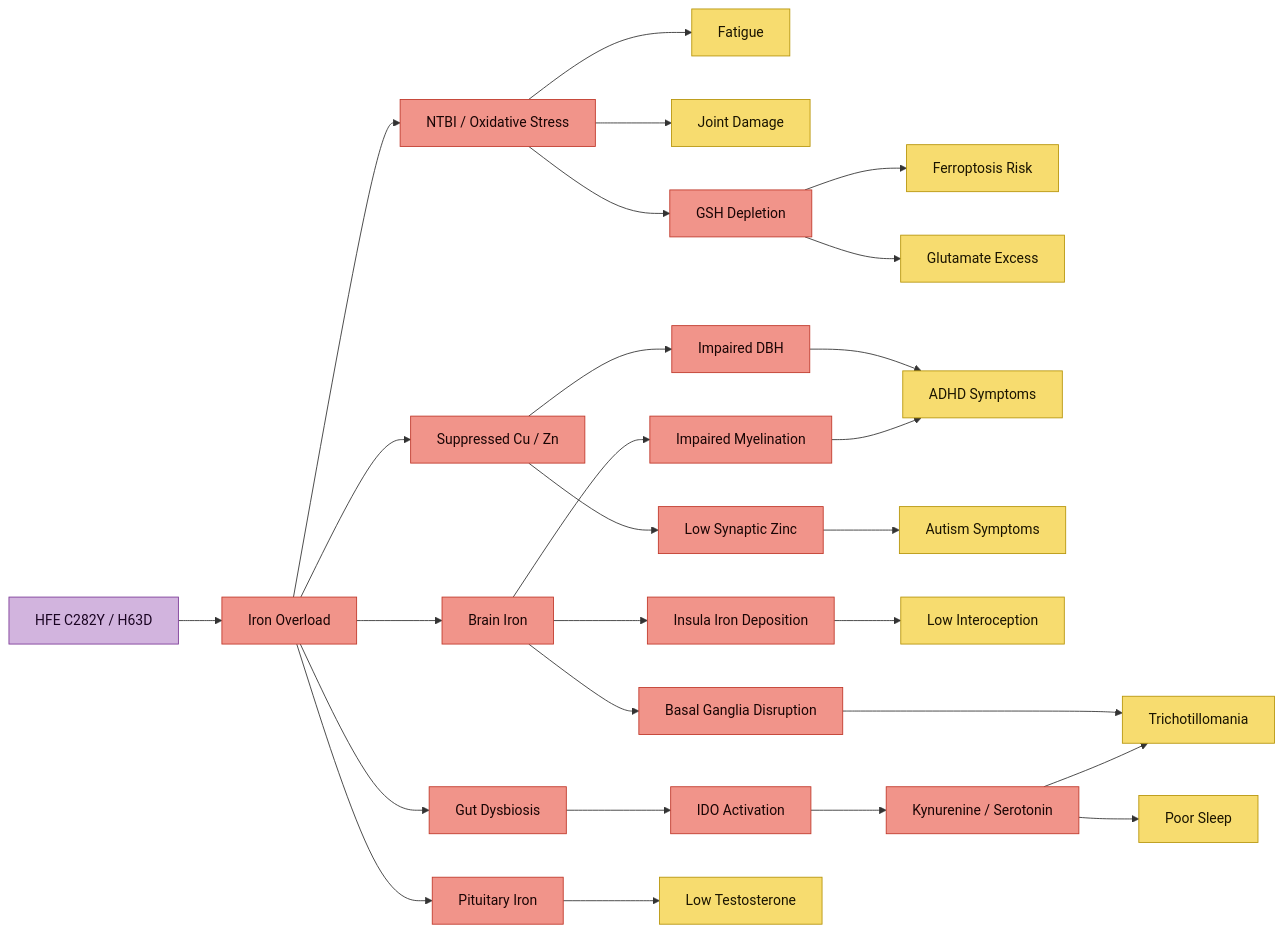
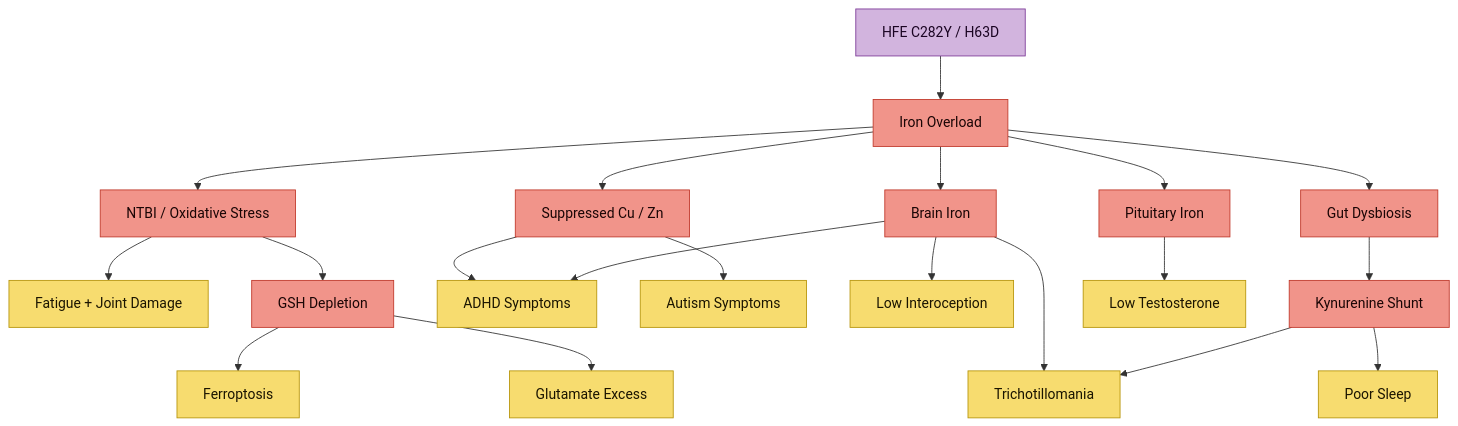
Before and after one commit to Aegis-commits/ag-hfe-adhd-asd-research: the first of 3 diagrams in src/site/notes/Health Research MOC.md, drawn with Mermaid. The commit also changed other lines of this file and 14 other files, not shown here.

````diff
--- a/src/site/notes/Health Research MOC.md
+++ b/src/site/notes/Health Research MOC.md
@@ -129,38 +129,32 @@
 ```mermaid
-flowchart LR
+flowchart TD
     classDef gen fill:#d2b4de,stroke:#7d3c98,color:#1a0422
     classDef iron fill:#f1948a,stroke:#c0392b,color:#1a0505
     classDef out fill:#f7dc6f,stroke:#b7950b,color:#1a1400
 
     A[HFE C282Y / H63D]:::gen --> B[Iron Overload]:::iron
+
     B --> C[NTBI / Oxidative Stress]:::iron
     B --> D[Suppressed Cu / Zn]:::iron
     B --> I[Brain Iron]:::iron
     B --> N[Gut Dysbiosis]:::iron
     B --> AW[Pituitary Iron]:::iron
 
-    C --> E[Fatigue]:::out
-    C --> F[Joint Damage]:::out
+    C --> E[Fatigue + Joint Damage]:::out
     C --> GSH[GSH Depletion]:::iron
-    GSH --> FPT[Ferroptosis Risk]:::out
+    GSH --> FPT[Ferroptosis]:::out
     GSH --> GLU[Glutamate Excess]:::out
 
-    D --> DBH[Impaired DBH]:::iron
-    D --> ZN[Low Synaptic Zinc]:::iron
-    DBH --> ADHD[ADHD Symptoms]:::out
-    ZN --> ASD[Autism Symptoms]:::out
+    D --> ADHD[ADHD Symptoms]:::out
+    D --> ASD[Autism Symptoms]:::out
 
-    I --> BG[Basal Ganglia Disruption]:::iron
-    I --> MY[Impaired Myelination]:::iron
-    I --> INS[Insula Iron Deposition]:::iron
-    BG --> TTM[Trichotillomania]:::out
-    MY --> ADHD
-    INS --> INT[Low Interoception]:::out
+    I --> TTM[Trichotillomania]:::out
+    I --> ADHD
+    I --> INT[Low Interoception]:::out
 
-    N --> IDO[IDO Activation]:::iron
-    IDO --> KYN[Kynurenine / Serotonin]:::iron
+    N --> KYN[Kynurenine Shunt]:::iron
     KYN --> TTM
     KYN --> SLP[Poor Sleep]:::out
 
     AW --> TEST[Low Testosterone]:::out
 ```
````
